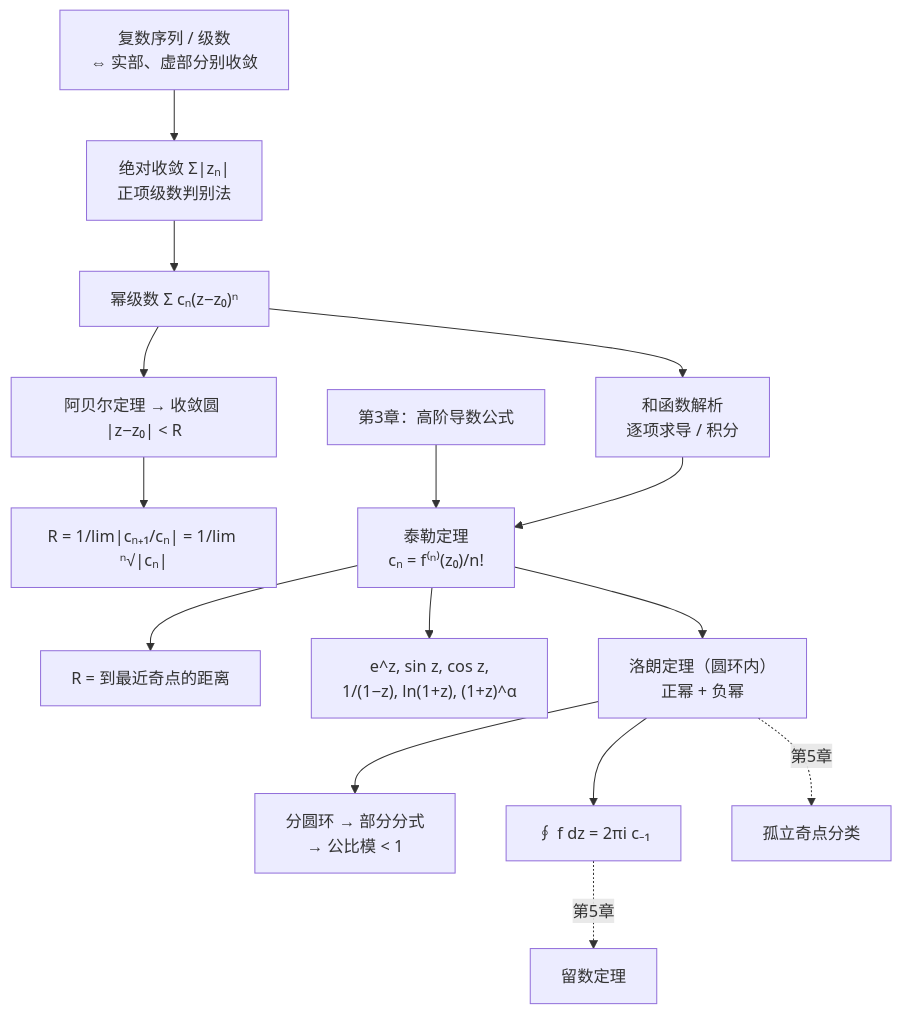
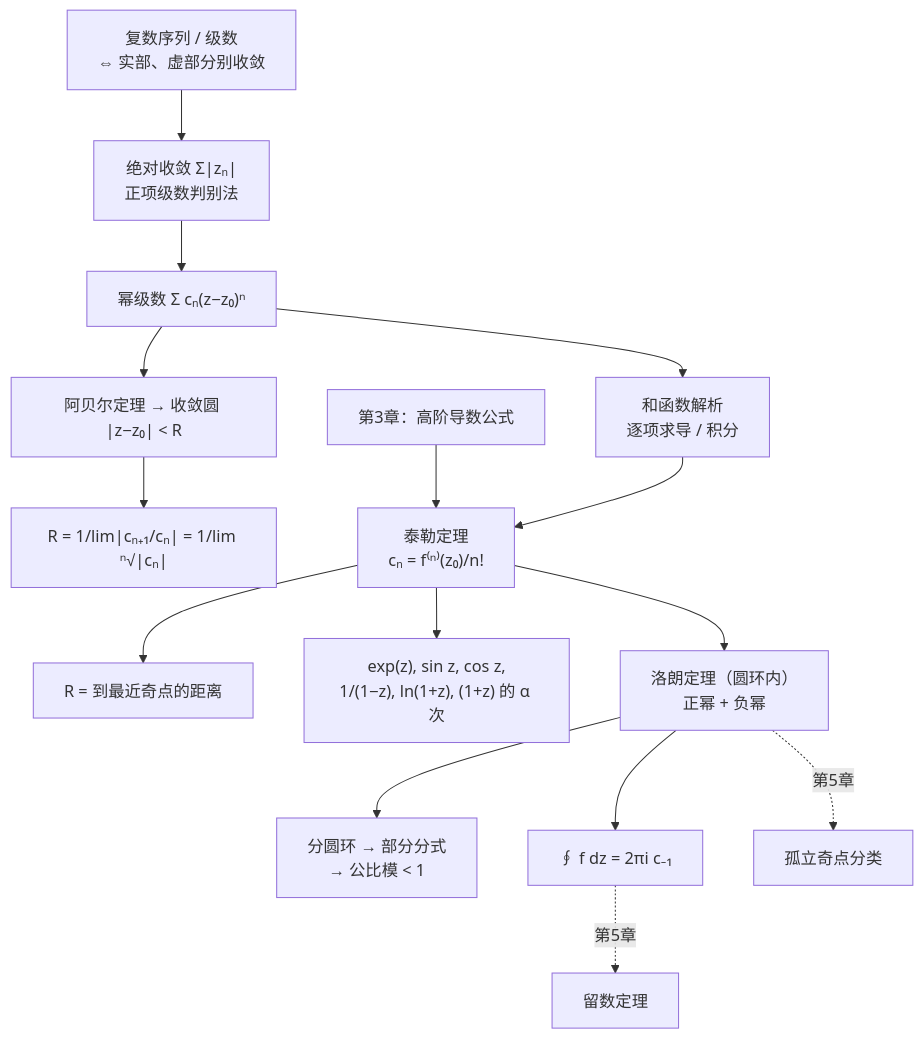
The diagram in docs/ch4.md (cockroach-f/complex-functions), drawn with Mermaid before and after one commit. The commit also changed 1 other file, not shown here.

Commit message:
归纳图里的指数改成 exp，避免 ^ 和花括号原样显示。

````diff
--- a/docs/ch4.md
+++ b/docs/ch4.md
@@ -470,17 +470,17 @@
     ```mermaid
     flowchart TD
         SEQ["复数序列 / 级数<br/>⇔ 实部、虚部分别收敛"] --> ABS["绝对收敛 Σ|zₙ|<br/>正项级数判别法"]
         ABS --> PS["幂级数 Σ cₙ(z−z₀)ⁿ"]
         PS --> ABEL["阿贝尔定理 → 收敛圆 |z−z₀| < R"]
         ABEL --> RAD["R = 1/lim|cₙ₊₁/cₙ| = 1/lim ⁿ√|cₙ|"]
         PS --> PROP["和函数解析<br/>逐项求导 / 积分"]
         HD["第3章：高阶导数公式"] --> TAY["泰勒定理<br/>cₙ = f⁽ⁿ⁾(z₀)/n!"]
         TAY --> NEAR["R = 到最近奇点的距离"]
-        TAY --> STD["e^z, sin z, cos z,<br/>1/(1−z), ln(1+z), (1+z)^α"]
+        TAY --> STD["exp(z), sin z, cos z,<br/>1/(1−z), ln(1+z), (1+z) 的 α 次"]
         PROP --> TAY
         TAY --> LAU["洛朗定理（圆环内）<br/>正幂 + 负幂"]
         LAU --> METH["分圆环 → 部分分式<br/>→ 公比模 < 1"]
         LAU --> CM1["∮ f dz = 2πi c₋₁"]
         CM1 -.第5章.-> RES["留数定理"]
         LAU -.第5章.-> SING["孤立奇点分类"]
     ```
````
